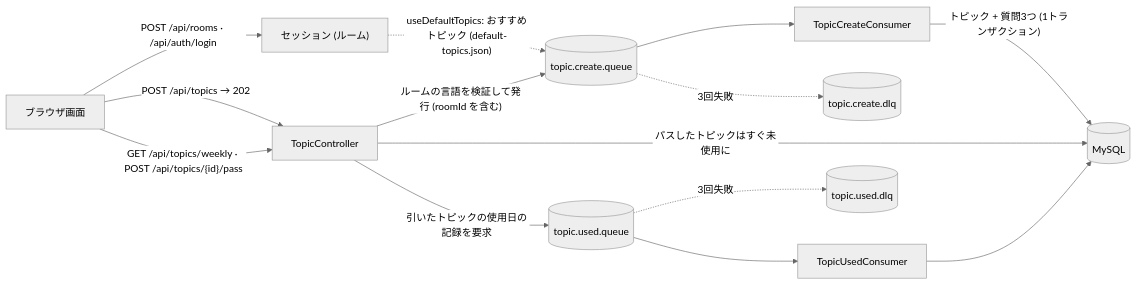
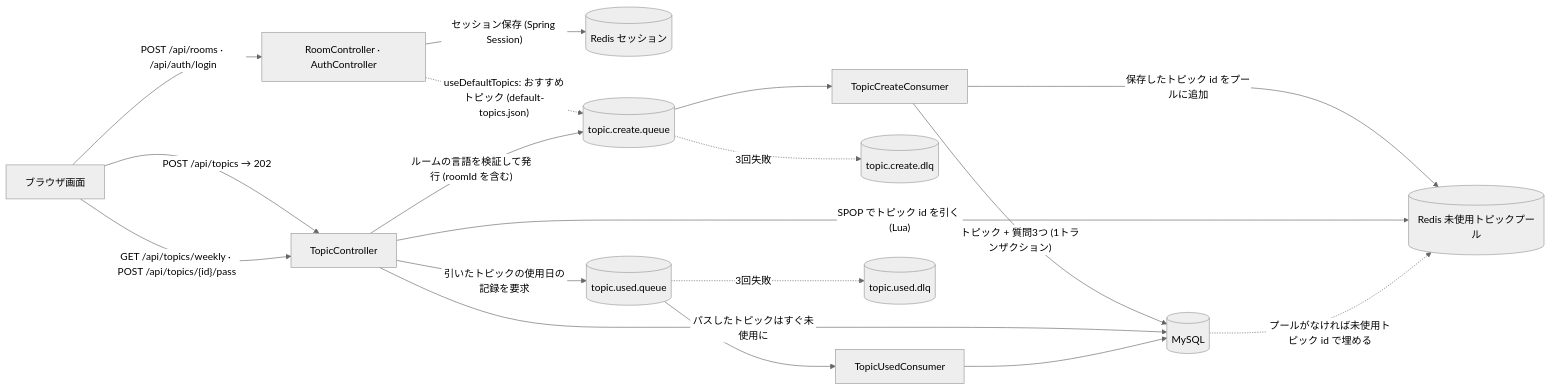
Before and after one commit to EauLune01/language-exchange: the diagram in README-ja.md, drawn with Mermaid (neutral theme). The commit also changed other lines of this file and 1 other file, not shown here.

````diff
--- a/README-ja.md
+++ b/README-ja.md
@@ -30,17 +31,21 @@
 ```mermaid
 flowchart LR
-    A["ブラウザ画面"] -->|"POST /api/rooms · /api/auth/login"| S["セッション (ルーム)"]
-    S -. "useDefaultTopics: おすすめトピック (default-topics.json)" .-> C
+    A["ブラウザ画面"] -->|"POST /api/rooms · /api/auth/login"| R["RoomController · AuthController"]
+    R -->|"セッション保存 (Spring Session)"| S[("Redis セッション")]
+    R -. "useDefaultTopics: おすすめトピック (default-topics.json)" .-> C
     A -->|"POST /api/topics → 202"| B["TopicController"]
     B -->|"ルームの言語を検証して発行 (roomId を含む)"| C[("topic.create.queue")]
     C --> D["TopicCreateConsumer"]
     D -->|"トピック + 質問3つ (1トランザクション)"| E[("MySQL")]
+    D -->|"保存したトピック id をプールに追加"| P[("Redis 未使用トピックプール")]
     C -. "3回失敗" .-> F[("topic.create.dlq")]
 
     A -->|"GET /api/topics/weekly · POST /api/topics/{id}/pass"| B
+    B -->|"SPOP でトピック id を引く (Lua)"| P
+    E -. "プールがなければ未使用トピック id で埋める" .-> P
     B -->|"パスしたトピックはすぐ未使用に"| E
     B -->|"引いたトピックの使用日の記録を要求"| G[("topic.used.queue")]
     G --> H["TopicUsedConsumer"]
     H --> E
     G -. "3回失敗" .-> I[("topic.used.dlq")]
 ```
````
